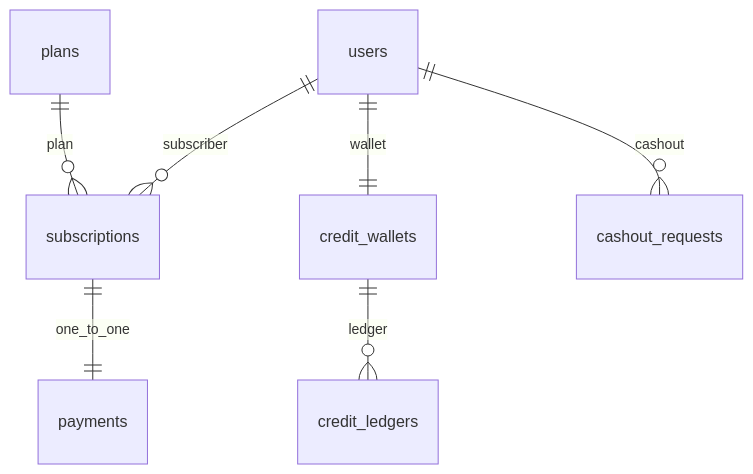
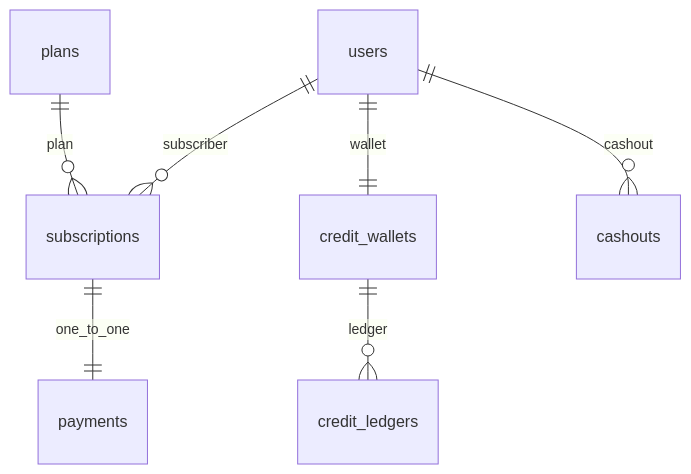
Before and after one commit to likelion-backendschool-9th/test-moa: the second of 2 diagrams in docs/backend/payment/README.md, drawn with Mermaid. The commit also changed other lines of this file and 27 other files, not shown here.

````diff
--- a/docs/backend/payment/README.md
+++ b/docs/backend/payment/README.md
@@ -84,9 +84,9 @@
 ```mermaid
 erDiagram
   users ||--o{ subscriptions : subscriber
   plans ||--o{ subscriptions : plan
   subscriptions ||--|| payments : one_to_one
   users ||--|| credit_wallets : wallet
   credit_wallets ||--o{ credit_ledgers : ledger
-  users ||--o{ cashout_requests : cashout
+  users ||--o{ cashouts : cashout
 ```
````
